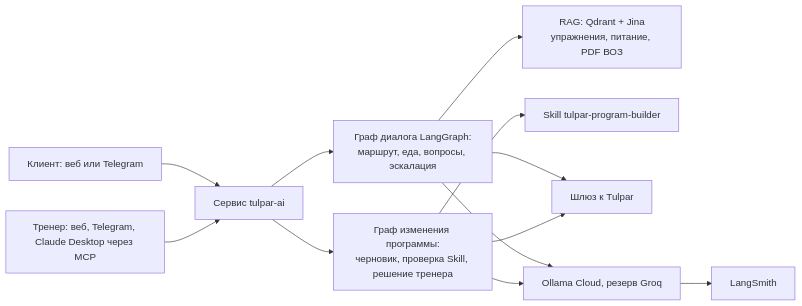
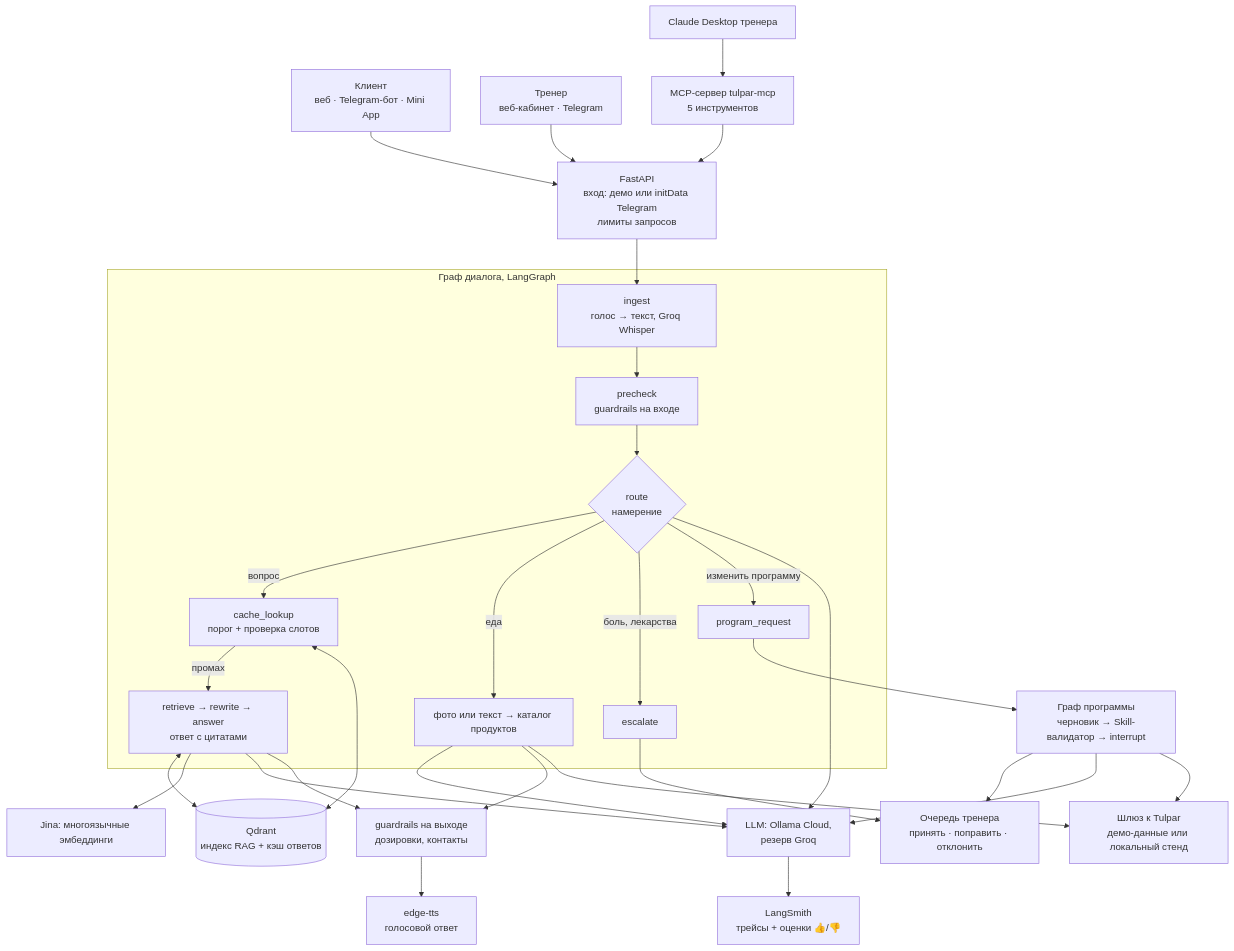
Before and after one commit to DevLuigiGit/tulpar-ai-coach: the diagram in README.md, drawn with Mermaid. The commit also changed other lines of this file and 6 other files, not shown here.

Commit message:
Документация: README с логотипом и командой, архитектура guardrails, кэша, голоса, Mini App и Qdrant, выводы 16–21 в EVALS, итоговые прогоны на слитом коде

````diff
--- a/README.md
+++ b/README.md
@@ -39,11 +67,29 @@
 ```mermaid
-flowchart LR
-  C[Клиент: веб или Telegram] --> API[Сервис tulpar-ai]
-  T[Тренер: веб, Telegram, Claude Desktop через MCP] --> API
-  API --> CG[Граф диалога LangGraph:<br/>маршрут, еда, вопросы, эскалация]
-  API --> PG[Граф изменения программы:<br/>черновик, проверка Skill, решение тренера]
-  CG --> RAG[RAG: Qdrant + Jina<br/>упражнения, питание, PDF ВОЗ]
-  PG --> SK[Skill tulpar-program-builder]
-  CG & PG --> GW[Шлюз к Tulpar]
-  CG & PG --> LLM[Ollama Cloud, резерв Groq] --> LS[LangSmith]
+flowchart TD
+  C["Клиент<br/>веб · Telegram-бот · Mini App"] --> API
+  T["Тренер<br/>веб-кабинет · Telegram"] --> API
+  CD["Claude Desktop тренера"] --> MCP["MCP-сервер tulpar-mcp<br/>5 инструментов"] --> API
+  API["FastAPI<br/>вход: демо или initData Telegram<br/>лимиты запросов"] --> ING
+
+  subgraph CHAT["Граф диалога, LangGraph"]
+    ING["ingest<br/>голос → текст, Groq Whisper"] --> PRE["precheck<br/>guardrails на входе"]
+    PRE --> RT{"route<br/>намерение"}
+    RT -->|вопрос| CL["cache_lookup<br/>порог + проверка слотов"]
+    CL -->|промах| RET["retrieve → rewrite → answer<br/>ответ с цитатами"]
+    RT -->|еда| MEAL["фото или текст → каталог продуктов"]
+    RT -->|боль, лекарства| ESC["escalate"]
+    RT -->|изменить программу| PR["program_request"]
+  end
+
+  PR --> PG["Граф программы<br/>черновик → Skill-валидатор → interrupt"]
+  ESC --> Q["Очередь тренера<br/>принять · поправить · отклонить"]
+  PG --> Q
+  CL <--> QD[("Qdrant<br/>индекс RAG + кэш ответов")]
+  RET <--> QD
+  RET --> JINA["Jina: многоязычные эмбеддинги"]
+  RT & RET & MEAL & PG --> LLM["LLM: Ollama Cloud,<br/>резерв Groq"]
+  RET & MEAL --> OUT["guardrails на выходе<br/>дозировки, контакты"]
+  OUT --> TTS["edge-tts<br/>голосовой ответ"]
+  PG & MEAL --> GW["Шлюз к Tulpar<br/>демо-данные или локальный стенд"]
+  LLM --> LS["LangSmith<br/>трейсы + оценки 👍/👎"]
 ```
````
